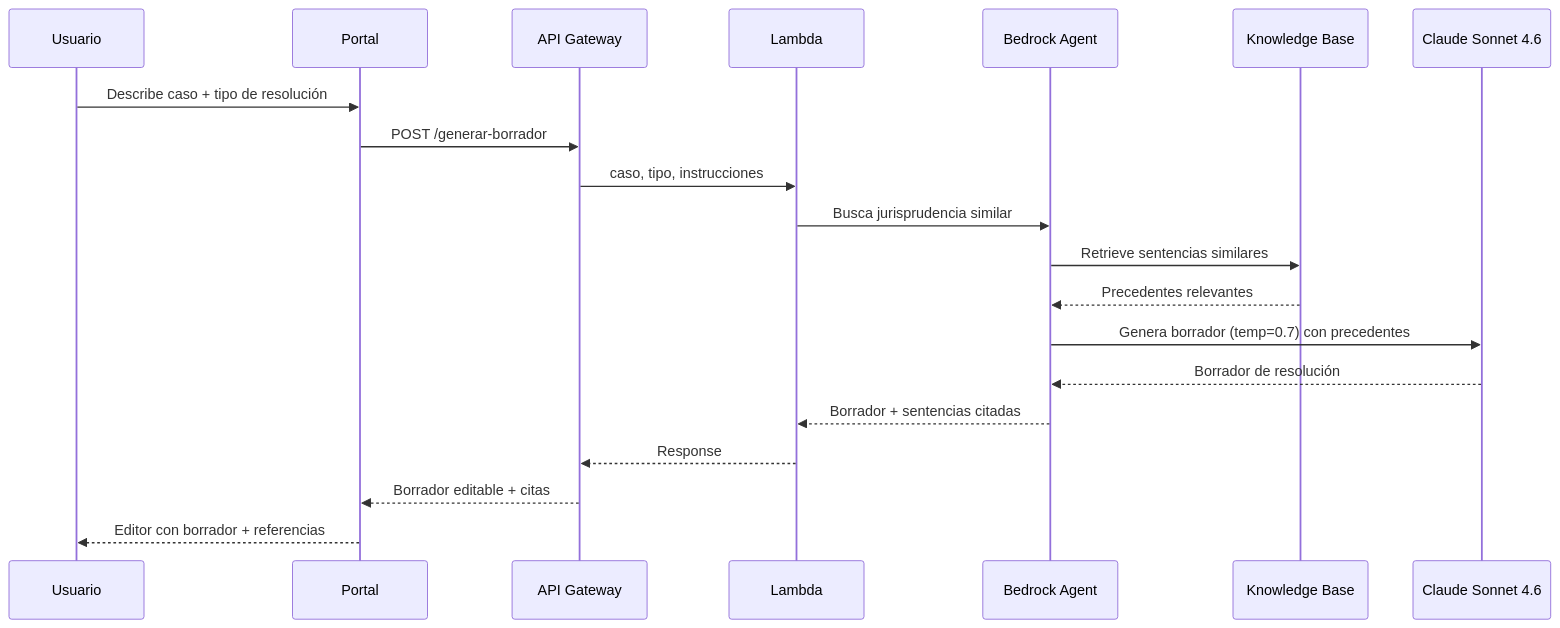
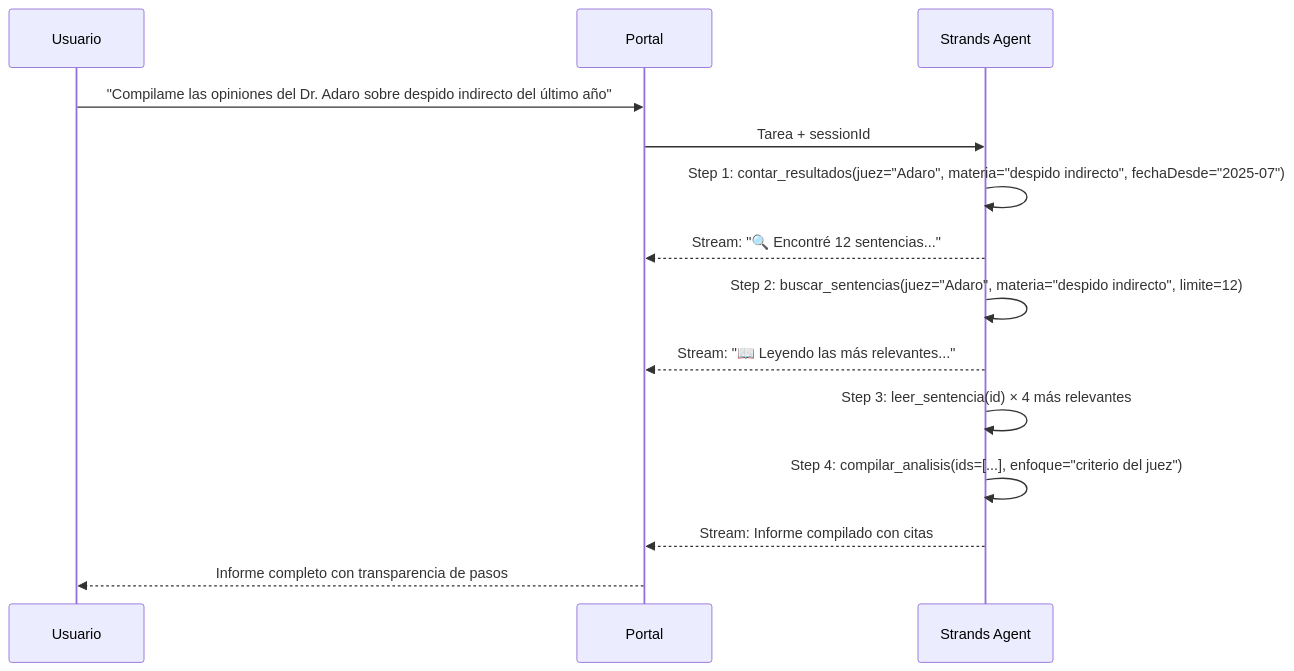
One commit to Poder-Judicial-de-Mendoza/juris-mza changed the fourth of 4 diagrams in .kiro/specs/jurisprudencia-mendoza-aws/design.md. Above: the diagram before and after it, drawn with Mermaid. The commit also changed other lines of this file and 16 other files, not shown here.

````diff
--- a/.kiro/specs/jurisprudencia-mendoza-aws/design.md
+++ b/.kiro/specs/jurisprudencia-mendoza-aws/design.md
@@ -154,23 +113,17 @@
 ```mermaid
 sequenceDiagram
     participant U as Usuario
     participant P as Portal
-    participant API as API Gateway
-    participant L as Lambda
-    participant AG as Bedrock Agent
-    participant KB as Knowledge Base
-    participant C as Claude Sonnet 4.6
+    participant AG as Strands Agent
 
-    U->>P: Describe caso + tipo de resolución
-    P->>API: POST /generar-borrador
-    API->>L: caso, tipo, instrucciones
-    L->>AG: Busca jurisprudencia similar
-    AG->>KB: Retrieve sentencias similares
-    KB-->>AG: Precedentes relevantes
-    AG->>C: Genera borrador (temp=0.7) con precedentes
-    C-->>AG: Borrador de resolución
-    AG-->>L: Borrador + sentencias citadas
-    L-->>API: Response
-    API-->>P: Borrador editable + citas
-    P-->>U: Editor con borrador + referencias
+    U->>P: "Compilame las opiniones del Dr. Adaro sobre despido indirecto del último año"
+    P->>AG: Tarea + sessionId
+    AG->>AG: Step 1: contar_resultados(juez="Adaro", materia="despido indirecto", fechaDesde="2025-07")
+    AG-->>P: Stream: "🔍 Encontré 12 sentencias..."
+    AG->>AG: Step 2: buscar_sentencias(juez="Adaro", materia="despido indirecto", limite=12)
+    AG-->>P: Stream: "📖 Leyendo las más relevantes..."
+    AG->>AG: Step 3: leer_sentencia(id) × 4 más relevantes
+    AG->>AG: Step 4: compilar_analisis(ids=[...], enfoque="criterio del juez")
+    AG-->>P: Stream: Informe compilado con citas
+    P-->>U: Informe completo con transparencia de pasos
 ```
````
